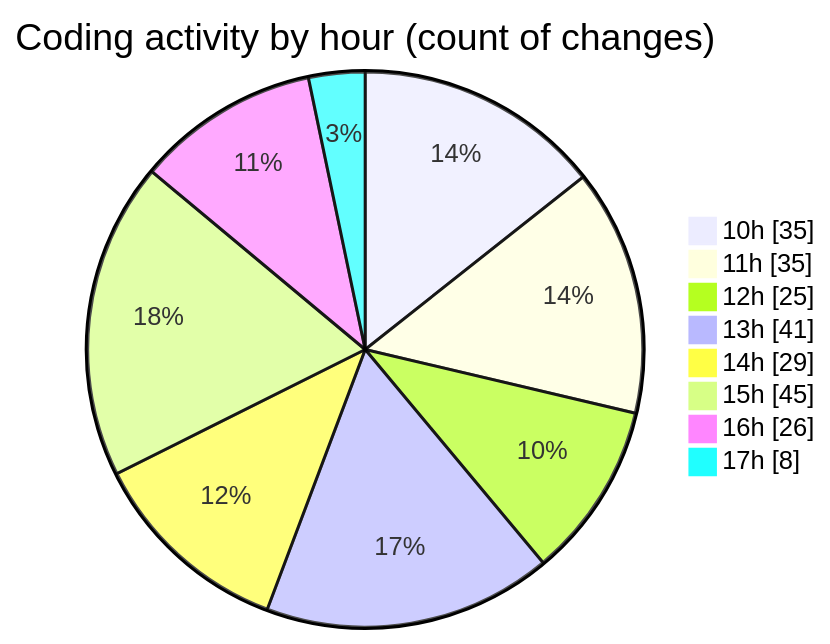
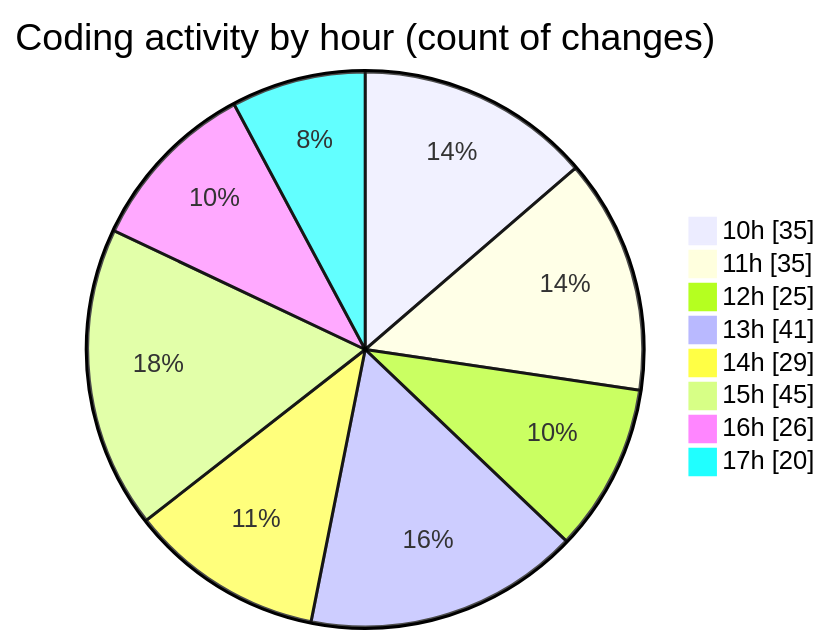
Before and after one commit to momahboobian/code-tracking: the second of 2 diagrams in 2025-03-26/cda/README.md, drawn with Mermaid. The commit also changed other lines of this file and 1 other file, not shown here.

````diff
--- a/2025-03-26/cda/README.md
+++ b/2025-03-26/cda/README.md
@@ -55,12 +55,12 @@
 ```mermaid
 pie showData
 title Coding activity by hour (count of changes)
 "10h" : 35
 "11h" : 35
 "12h" : 25
 "13h" : 41
 "14h" : 29
 "15h" : 45
 "16h" : 26
-"17h" : 8
+"17h" : 20
 ```
````
